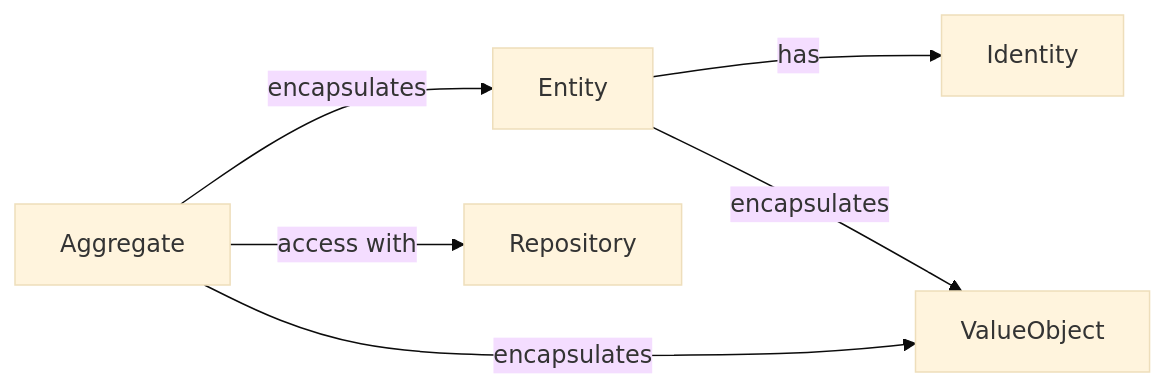
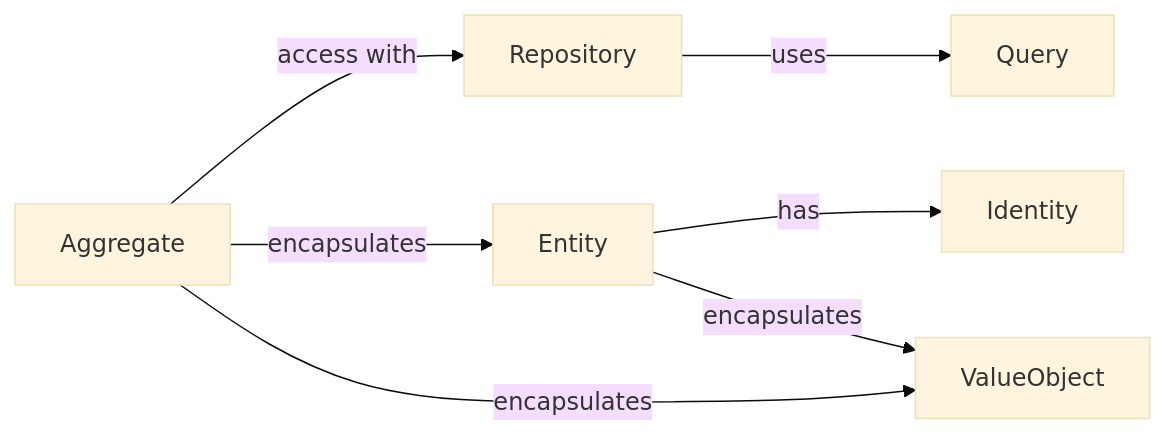
Before and after one commit to akdasa-studios/framework: the diagram in docs/models.md, drawn with Mermaid (base theme). The commit also changed other lines of this file, not shown here.

````diff
--- a/docs/models.md
+++ b/docs/models.md
@@ -1,8 +1,9 @@
 ```mermaid
 flowchart LR
     Entity-->|has|Identity
     Entity-->|encapsulates|ValueObject
     Aggregate-->|access with|Repository
     Aggregate-->|encapsulates|Entity
     Aggregate-->|encapsulates|ValueObject
+    Repository-->|uses|Query
 ```
````
